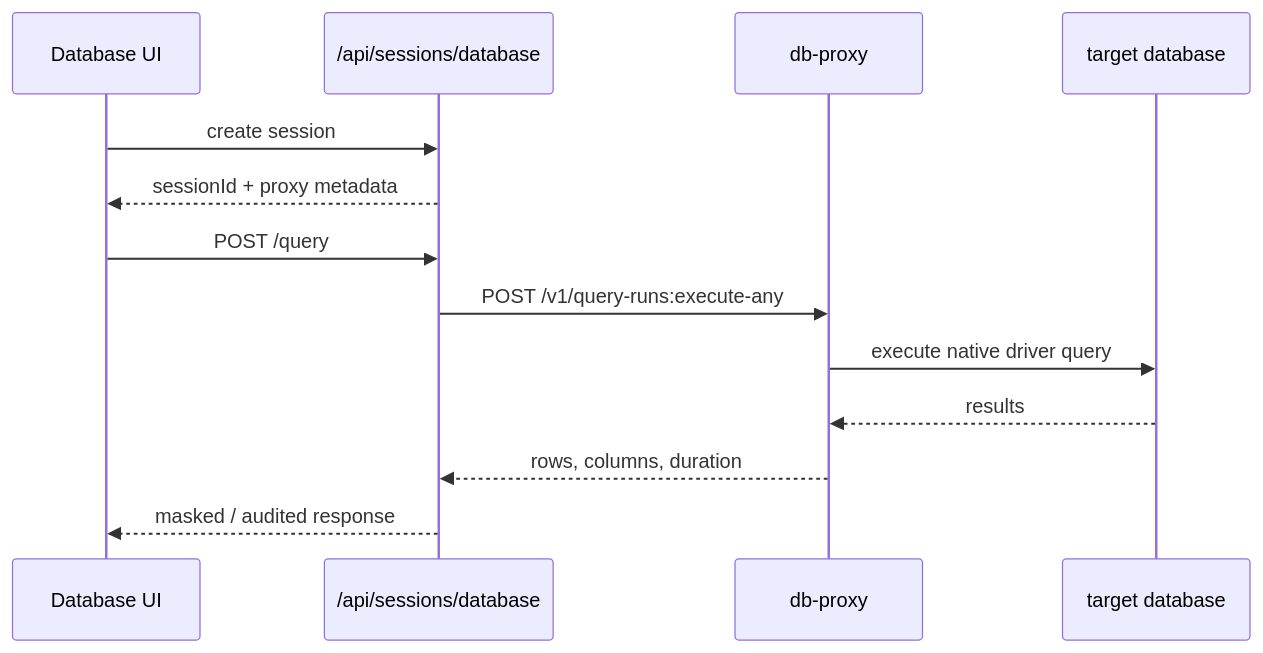
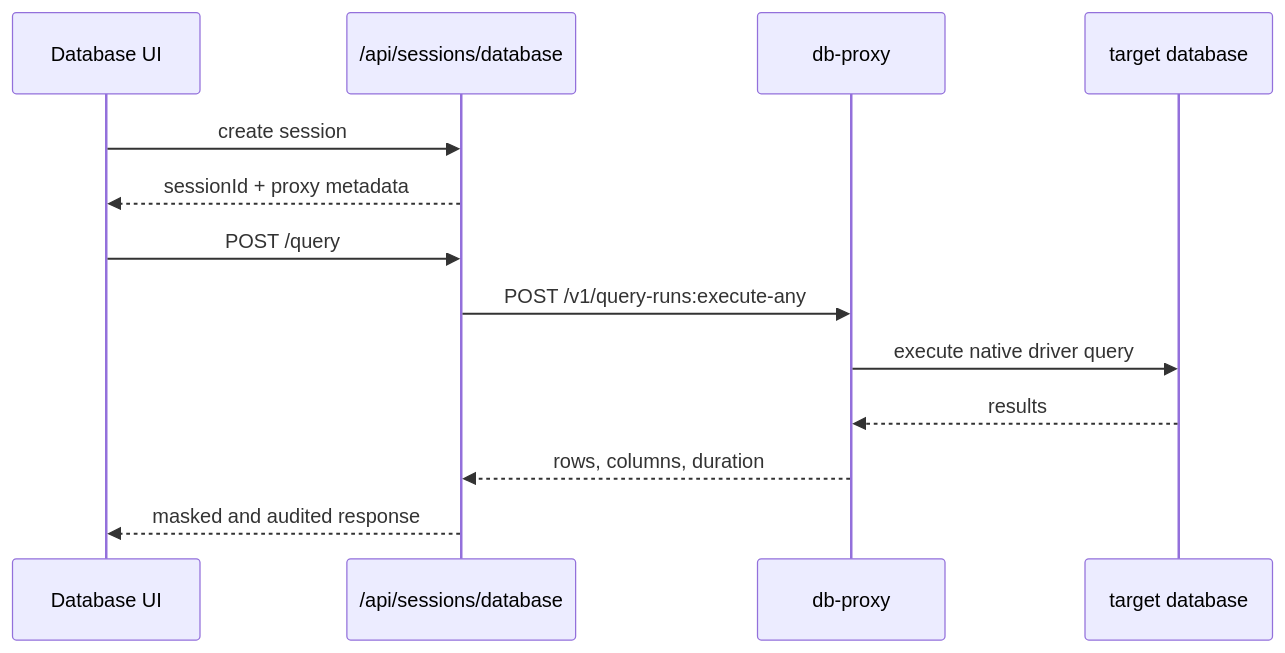
Before and after one commit to dnviti/remote-desktop-manager: the diagram in docs/api-reference.md, drawn with Mermaid. The commit also changed other lines of this file and 80 other files, not shown here.

Commit message:
Add installer-managed deployment flow and runtime feature manifest

````diff
--- a/docs/api-reference.md
+++ b/docs/api-reference.md
@@ -207,16 +237,16 @@
 ```mermaid
 sequenceDiagram
     participant UI as Database UI
     participant API as /api/sessions/database
     participant Proxy as db-proxy
     participant DB as target database
 
     UI->>API: create session
     API-->>UI: sessionId + proxy metadata
     UI->>API: POST /query
     API->>Proxy: POST /v1/query-runs:execute-any
     Proxy->>DB: execute native driver query
     DB-->>Proxy: results
     Proxy-->>API: rows, columns, duration
-    API-->>UI: masked / audited response
+    API-->>UI: masked and audited response
 ```
````
